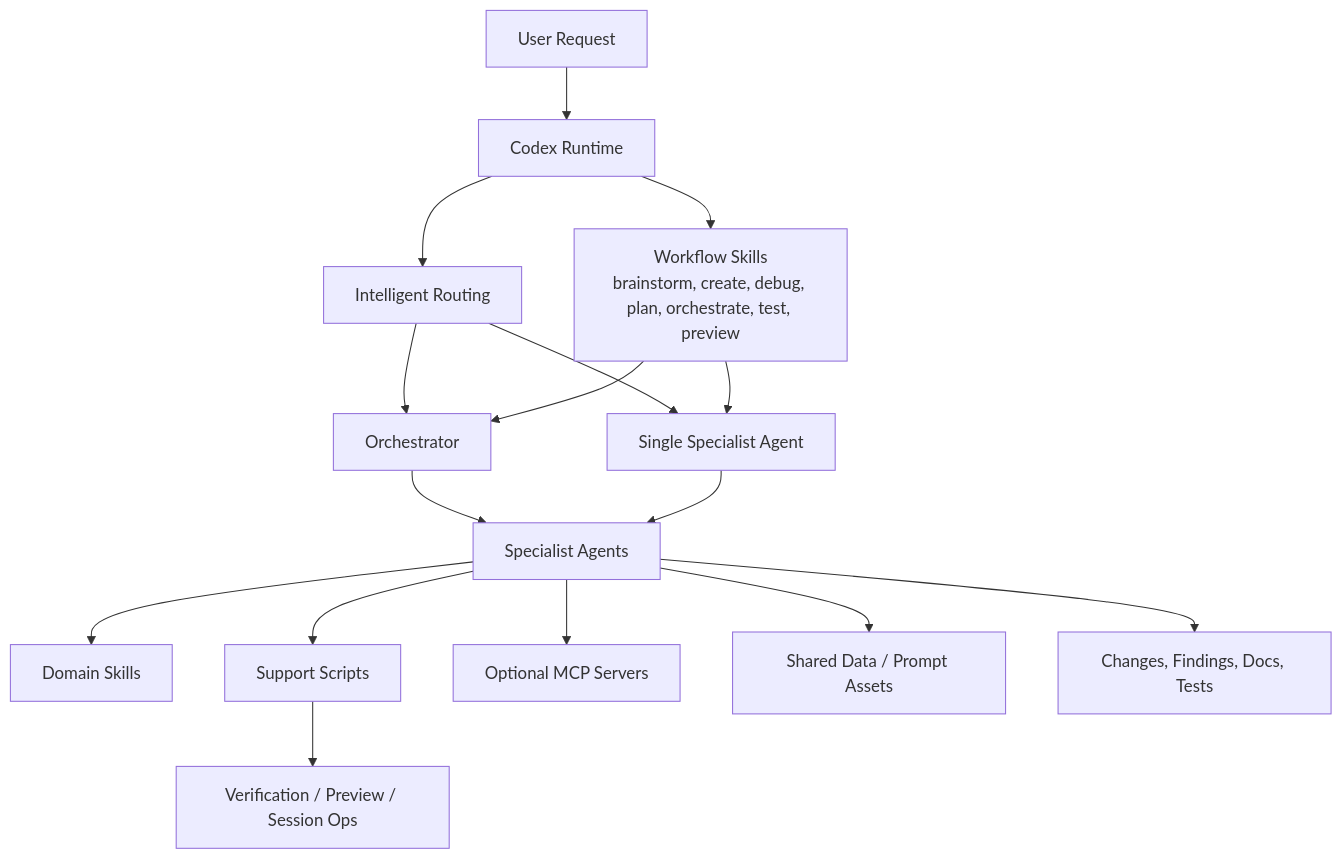
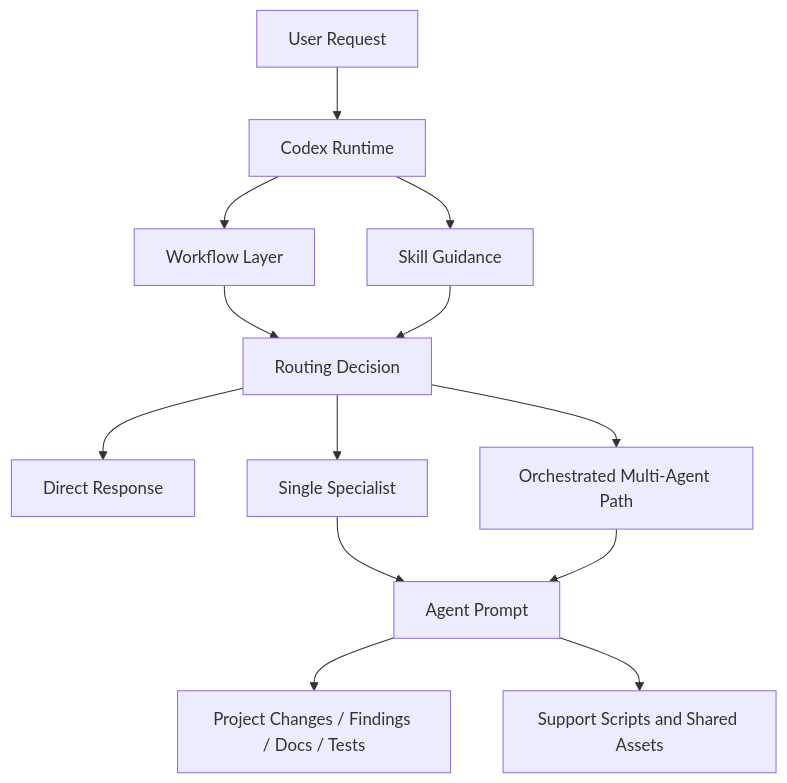
Before and after one commit to LethimCookMyBro/antigravity-codex-bridge: the first of 3 diagrams in AGENT_FLOW.md, drawn with Mermaid. The commit also changed other lines of this file and 5 other files, not shown here.

````diff
--- a/AGENT_FLOW.md
+++ b/AGENT_FLOW.md
@@ -32,18 +59,15 @@
 ```mermaid
 flowchart TD
     U["User Request"] --> C["Codex Runtime"]
-    C --> W["Workflow Skills<br/>brainstorm, create, debug, plan, orchestrate, test, preview"]
-    C --> R["Intelligent Routing"]
-    R --> S["Single Specialist Agent"]
-    R --> O["Orchestrator"]
-    W --> O
-    W --> S
-    O --> A["Specialist Agents"]
-    S --> A
-    A --> K["Domain Skills"]
-    A --> X["Support Scripts"]
-    A --> M["Optional MCP Servers"]
-    A --> D["Shared Data / Prompt Assets"]
-    X --> V["Verification / Preview / Session Ops"]
-    A --> OUT["Changes, Findings, Docs, Tests"]
+    C --> W["Workflow Layer"]
+    C --> S["Skill Guidance"]
+    W --> R["Routing Decision"]
+    S --> R
+    R --> A["Direct Response"]
+    R --> B["Single Specialist"]
+    R --> O["Orchestrated Multi-Agent Path"]
+    B --> G["Agent Prompt"]
+    O --> G
+    G --> X["Project Changes / Findings / Docs / Tests"]
+    G --> H["Support Scripts and Shared Assets"]
 ```
````
